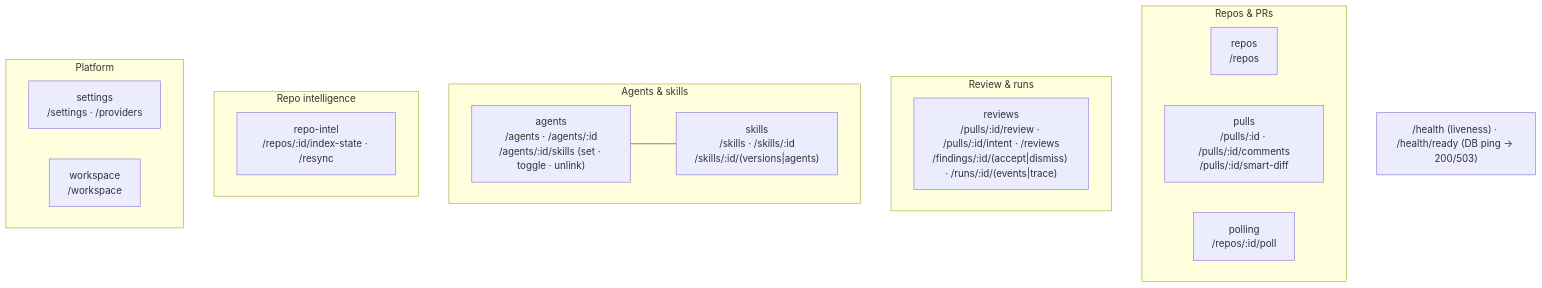
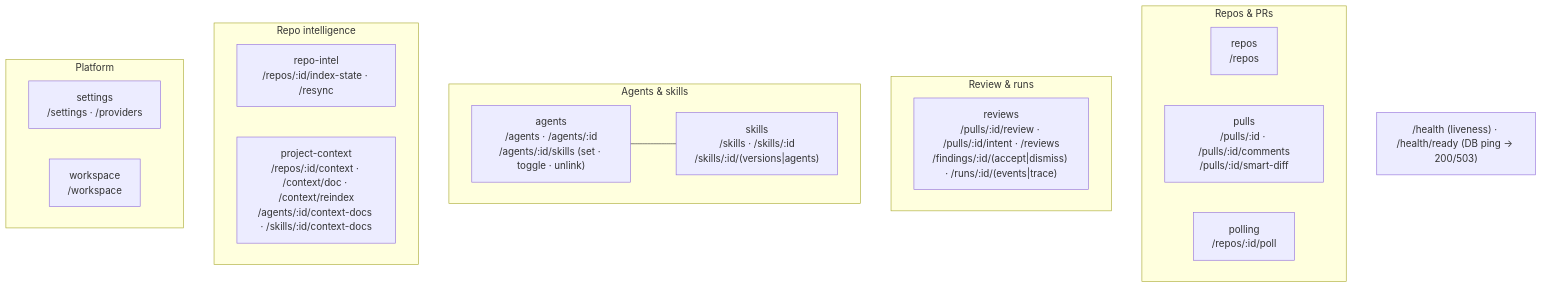
Before and after one commit to KyryloMyronov/dev-digest: the second of 2 diagrams in server/README.md, drawn with Mermaid. The commit also changed other lines of this file and 125 other files, not shown here.

````diff
--- a/server/README.md
+++ b/server/README.md
@@ -64,24 +64,25 @@
 ```mermaid
 flowchart TB
   subgraph Repos_PRs["Repos & PRs"]
     repos["repos<br/>/repos"]
     pulls["pulls<br/>/pulls/:id · /pulls/:id/comments<br/>/pulls/:id/smart-diff"]
     polling["polling<br/>/repos/:id/poll"]
   end
   subgraph Review["Review & runs"]
     reviews["reviews<br/>/pulls/:id/review · /pulls/:id/intent · /reviews<br/>/findings/:id/(accept|dismiss) · /runs/:id/(events|trace)"]
   end
   subgraph Agents["Agents & skills"]
     agents["agents<br/>/agents · /agents/:id<br/>/agents/:id/skills (set · toggle · unlink)"]
     skills["skills<br/>/skills · /skills/:id<br/>/skills/:id/(versions|agents)"]
     agents --- skills
   end
   subgraph Intel["Repo intelligence"]
     repoIntel["repo-intel<br/>/repos/:id/index-state · /resync"]
+    projectCtx["project-context<br/>/repos/:id/context · /context/doc · /context/reindex<br/>/agents/:id/context-docs · /skills/:id/context-docs"]
   end
   subgraph Platform["Platform"]
     settings["settings<br/>/settings · /providers"]
     workspace["workspace<br/>/workspace"]
   end
   HEALTH["/health (liveness) · /health/ready (DB ping → 200/503)"]
 ```
````
